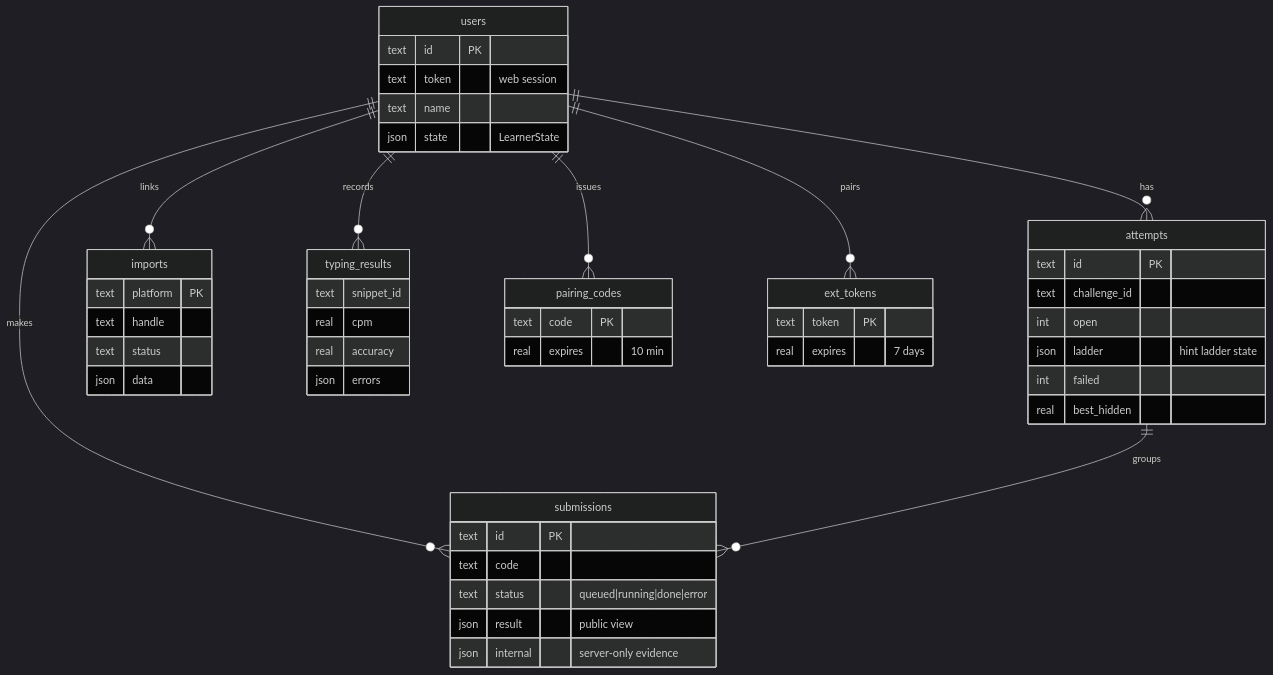
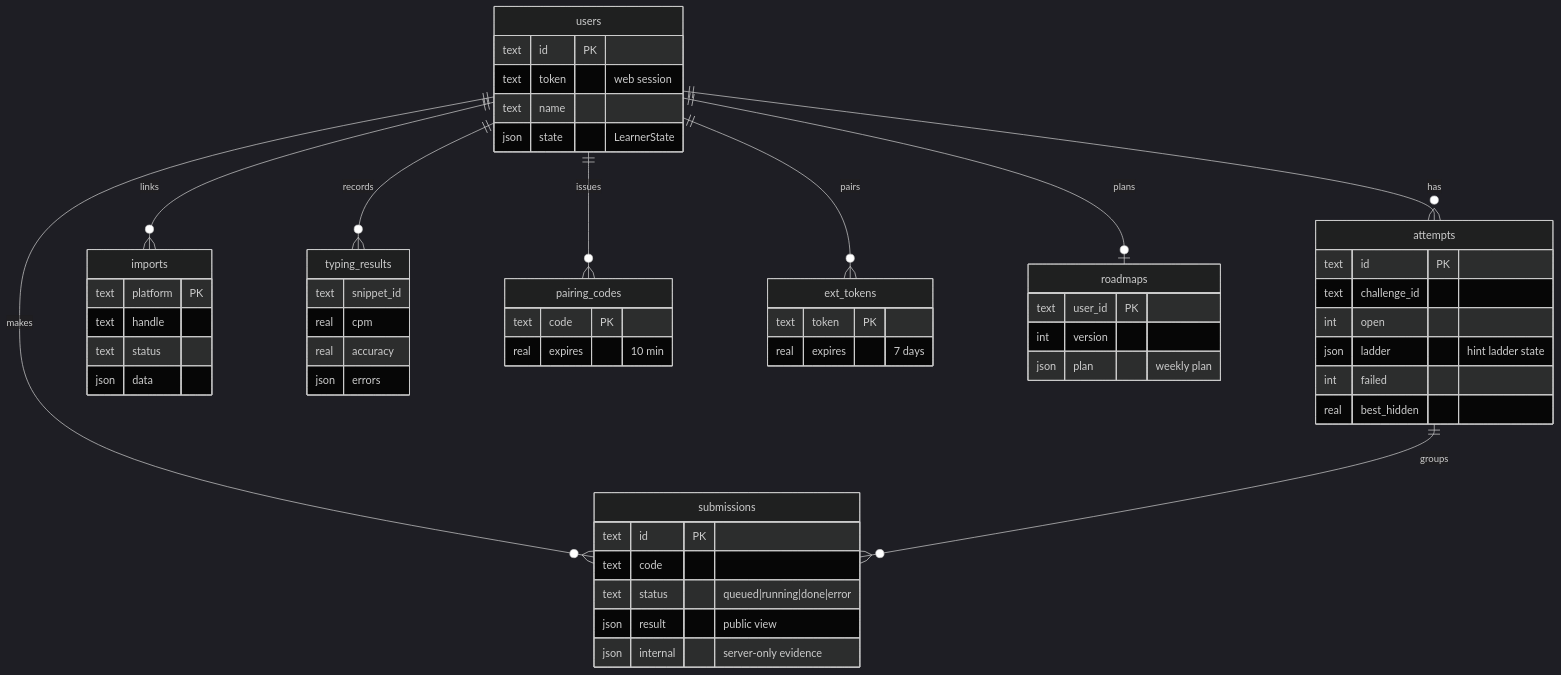
The third of 3 diagrams in docs/ARCHITECTURE.md (HarshalAndhale9657/CodeQuest-AI-AI-Coding-Mentor-Debugging-Missions), drawn with Mermaid (dark theme) before and after one commit. The commit also changed other lines of this file and 4 other files, not shown here.

````diff
--- a/docs/ARCHITECTURE.md
+++ b/docs/ARCHITECTURE.md
@@ -167,51 +172,57 @@
 ```mermaid
 erDiagram
     users ||--o{ attempts : has
     users ||--o{ submissions : makes
     attempts ||--o{ submissions : groups
     users ||--o{ imports : links
     users ||--o{ typing_results : records
     users ||--o{ pairing_codes : issues
     users ||--o{ ext_tokens : pairs
+    users ||--o| roadmaps : plans
     users {
         text id PK
         text token "web session"
         text name
         json state "LearnerState"
     }
     attempts {
         text id PK
         text challenge_id
         int open
         json ladder "hint ladder state"
         int failed
         real best_hidden
     }
     submissions {
         text id PK
         text code
         text status "queued|running|done|error"
         json result "public view"
         json internal "server-only evidence"
     }
     imports {
         text platform PK
         text handle
         text status
         json data
     }
     typing_results {
         text snippet_id
         real cpm
         real accuracy
         json errors
     }
     pairing_codes {
         text code PK
         real expires "10 min"
     }
     ext_tokens {
         text token PK
         real expires "7 days"
     }
+    roadmaps {
+        text user_id PK
+        int version
+        json plan "weekly plan"
+    }
 ```
````
